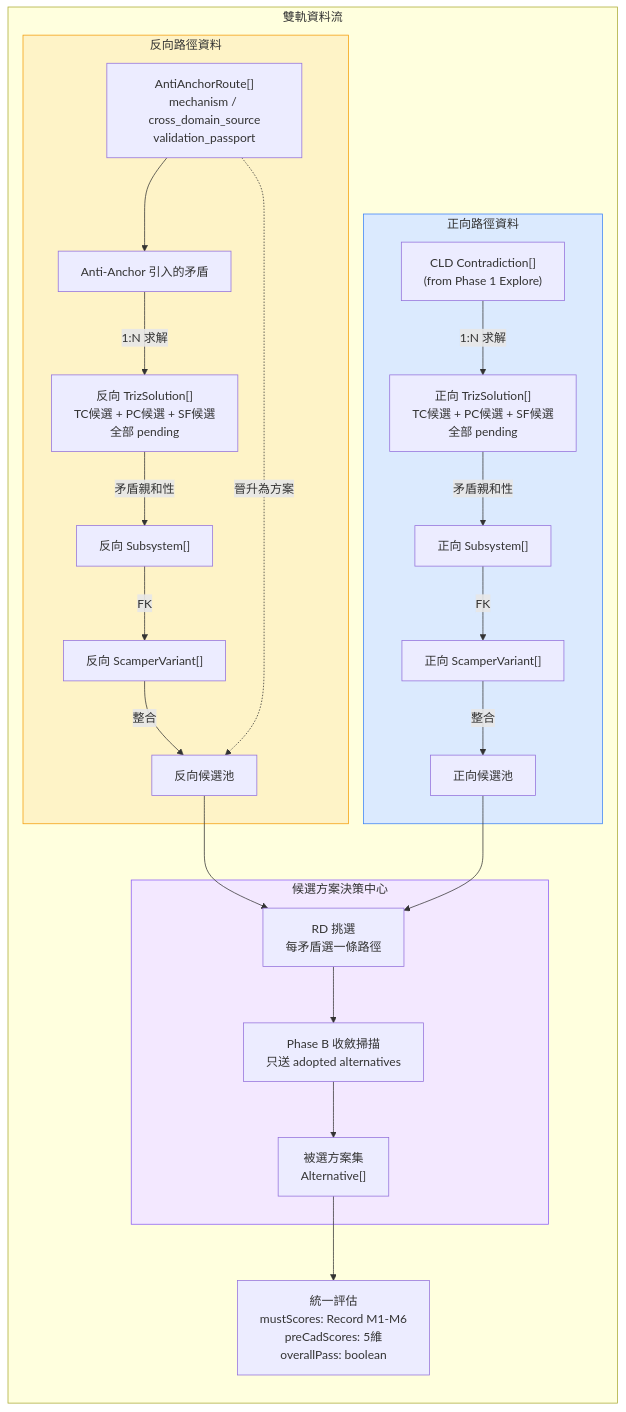
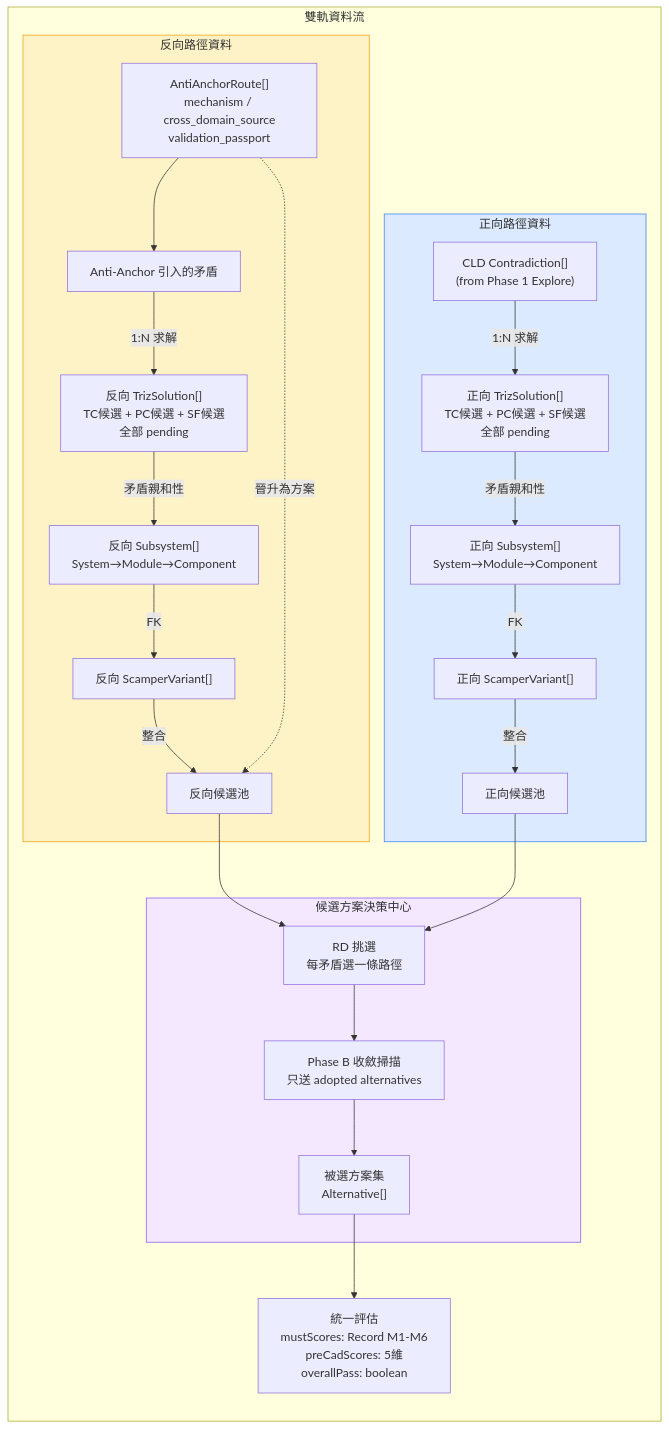
One commit to JIA-HONG-CHU/design-copilot-blueprint changed the fifth of 6 diagrams in docs/diagrams/triz-to-scamper-flow.md. Above: the diagram before and after it, drawn with Mermaid. The commit also changed other lines of this file and 2 other files, not shown here.

````diff
--- a/docs/diagrams/triz-to-scamper-flow.md
+++ b/docs/diagrams/triz-to-scamper-flow.md
@@ -207,46 +207,46 @@
 ```mermaid
 flowchart TB
     subgraph DUAL_TRACK["雙軌資料流"]
         direction TB
 
         subgraph REV_DATA["反向路徑資料"]
             AA["AntiAnchorRoute[]<br/>mechanism / cross_domain_source<br/>validation_passport"]
             R_EC["Anti-Anchor 引入的矛盾"]
             R_TS["反向 TrizSolution[]<br/>TC候選 + PC候選 + SF候選<br/>全部 pending"]
-            R_SS["反向 Subsystem[]"]
+            R_SS["反向 Subsystem[]<br/>System→Module→Component"]
             R_SV["反向 ScamperVariant[]"]
             R_POOL["反向候選池"]
             AA --> R_EC -->|"1:N 求解"| R_TS
             R_TS -->|"矛盾親和性"| R_SS
             R_SS -->|"FK"| R_SV -->|"整合"| R_POOL
             AA -.->|"晉升為方案"| R_POOL
         end
 
         subgraph FWD_DATA["正向路徑資料"]
             F_EC["CLD Contradiction[]<br/>(from Phase 1 Explore)"]
             F_TS["正向 TrizSolution[]<br/>TC候選 + PC候選 + SF候選<br/>全部 pending"]
-            F_SS["正向 Subsystem[]"]
+            F_SS["正向 Subsystem[]<br/>System→Module→Component"]
             F_SV["正向 ScamperVariant[]"]
             F_POOL["正向候選池"]
             F_EC -->|"1:N 求解"| F_TS
             F_TS -->|"矛盾親和性"| F_SS
             F_SS -->|"FK"| F_SV -->|"整合"| F_POOL
         end
 
         subgraph HUB_DATA["候選方案決策中心"]
             SELECT_DATA["RD 挑選<br/>每矛盾選一條路徑"]
             PHASE_B_DATA["Phase B 收斂掃描<br/>只送 adopted alternatives"]
             ADOPTED["被選方案集<br/>Alternative[]"]
             SELECT_DATA --> PHASE_B_DATA --> ADOPTED
         end
         R_POOL --> SELECT_DATA
         F_POOL --> SELECT_DATA
 
         EVAL["統一評估<br/>mustScores: Record M1-M6<br/>preCadScores: 5維<br/>overallPass: boolean"]
         ADOPTED --> EVAL
     end
 
     style REV_DATA fill:#FEF3C7,stroke:#F59E0B
     style FWD_DATA fill:#DBEAFE,stroke:#3B82F6
     style HUB_DATA fill:#F3E8FF,stroke:#8B5CF6
 ```
````
